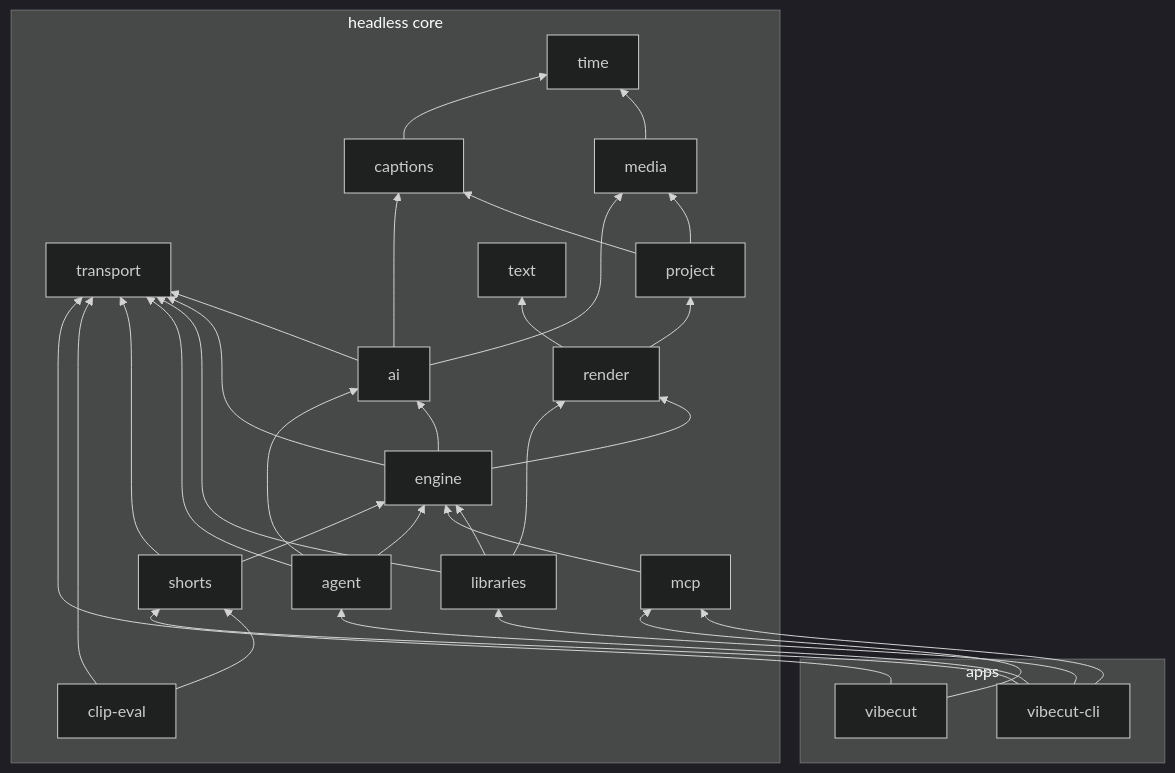
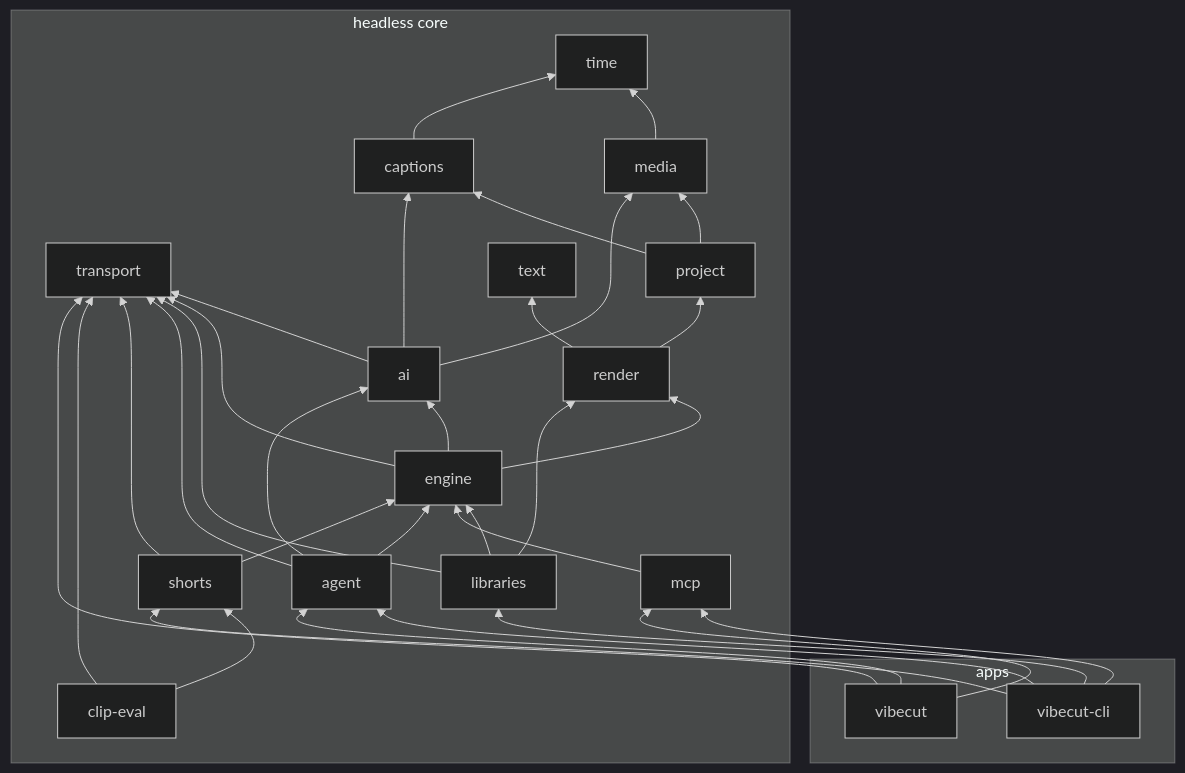
One commit to canhta/vibecut changed the first of 2 diagrams in docs/engineering/architecture.md. Above: the diagram before and after it, drawn with Mermaid (dark theme). The commit also changed other lines of this file and 47 other files, not shown here.

````diff
--- a/docs/engineering/architecture.md
+++ b/docs/engineering/architecture.md
@@ -31,39 +31,40 @@
 ```mermaid
 flowchart BT
   transport
   media --> time
   captions --> time
   project --> media
   project --> captions
   ai --> media
   ai --> captions
   ai --> transport
   render --> project
   render --> text
   engine --> render
   engine --> ai
   engine --> transport
   libraries --> engine
   libraries --> render
   libraries --> transport
   mcp --> engine
   agent --> engine
   agent --> ai
   agent --> transport
   shorts --> engine
   shorts --> transport
   eval[clip-eval] --> shorts
   eval --> transport
   cli[vibecut-cli] --> shorts
   cli --> libraries
   cli --> mcp
   cli --> agent
   app[vibecut] --> mcp
+  app --> agent
   app --> transport
   subgraph apps
     cli; app
   end
   subgraph core[headless core]
     time; text; transport; media; captions; project; ai; render; engine; mcp; agent; libraries; shorts; eval
   end
 ```
````
